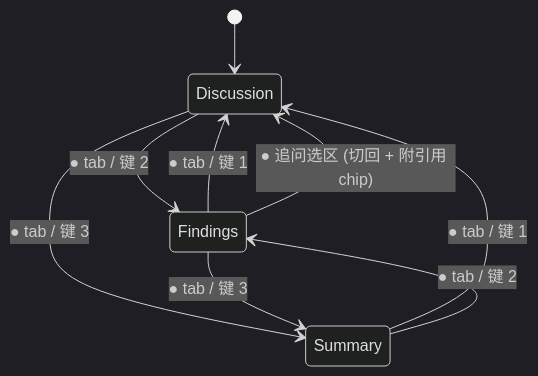
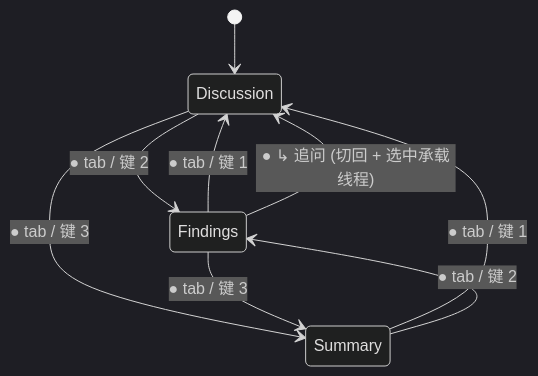
Before and after one commit to xieziyu/duetlens: the seventh of 16 diagrams in docs/design/ui-states.md, drawn with Mermaid (dark theme). The commit also changed other lines of this file and 9 other files, not shown here.

````diff
--- a/docs/design/ui-states.md
+++ b/docs/design/ui-states.md
@@ -142,11 +142,11 @@
 ```mermaid
 stateDiagram-v2
     [*] --> Discussion
     Discussion --> Findings : ● tab / 键 2
     Discussion --> Summary : ● tab / 键 3
     Findings --> Discussion : ● tab / 键 1
     Findings --> Summary : ● tab / 键 3
     Summary --> Discussion : ● tab / 键 1
     Summary --> Findings : ● tab / 键 2
-    Findings --> Discussion : ● 追问选区 (切回 + 附引用 chip)
+    Findings --> Discussion : ● ↳ 追问 (切回 + 选中承载线程)
 ```
````
